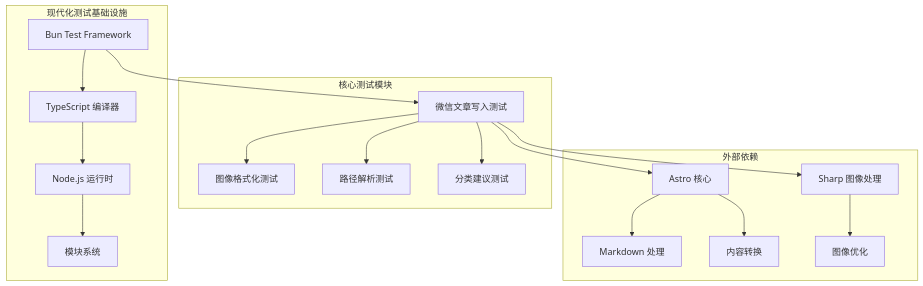
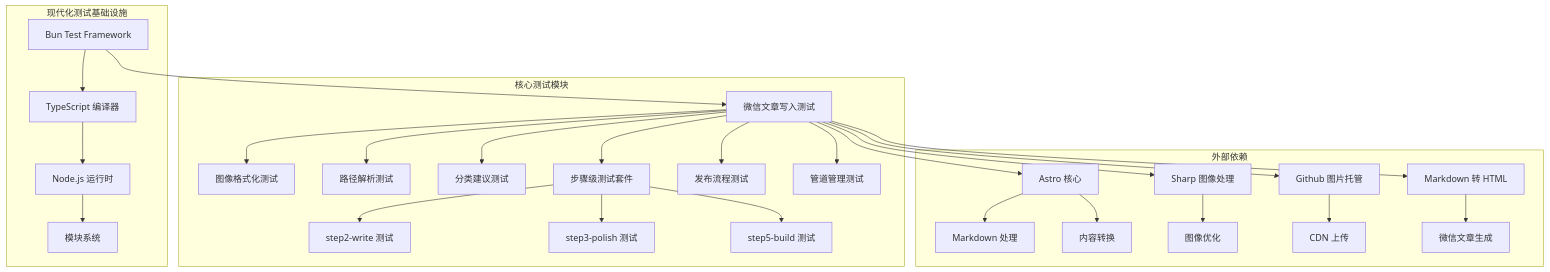
The first of 12 diagrams in .qoder/repowiki/zh/content/AI 技能系统/发布自动化技能/微信文章写作管线/测试套件.md (NTLx/ntlx.github.io), drawn with Mermaid before and after one commit. The commit also changed other lines of this file and 10 other files, not shown here.

````diff
--- a/.qoder/repowiki/zh/content/AI 技能系统/发布自动化技能/微信文章写作管线/测试套件.md
+++ b/.qoder/repowiki/zh/content/AI 技能系统/发布自动化技能/微信文章写作管线/测试套件.md
@@ -42,21 +47,31 @@
 ```mermaid
 graph TB
 subgraph "现代化测试基础设施"
 A[Bun Test Framework] --> B[TypeScript 编译器]
 B --> C[Node.js 运行时]
 C --> D[模块系统]
 end
 subgraph "核心测试模块"
 E[微信文章写入测试] --> F[图像格式化测试]
 E --> G[路径解析测试]
-E --> I[分类建议测试]
+E --> H[分类建议测试]
+E --> I[步骤级测试套件]
+I --> J[step2-write 测试]
+I --> K[step3-polish 测试]
+I --> L[step5-build 测试]
+E --> M[发布流程测试]
+E --> N[管道管理测试]
 end
 subgraph "外部依赖"
-J[Astro 核心] --> K[Markdown 处理]
-J --> L[内容转换]
-M[Sharp 图像处理] --> N[图像优化]
+O[Astro 核心] --> P[Markdown 处理]
+O --> Q[内容转换]
+R[Sharp 图像处理] --> S[图像优化]
+T[Github 图片托管] --> U[CDN 上传]
+V[Markdown 转 HTML] --> W[微信文章生成]
 end
 A --> E
-E --> J
-E --> M
+E --> O
+E --> R
+E --> T
+E --> V
 ```
````
